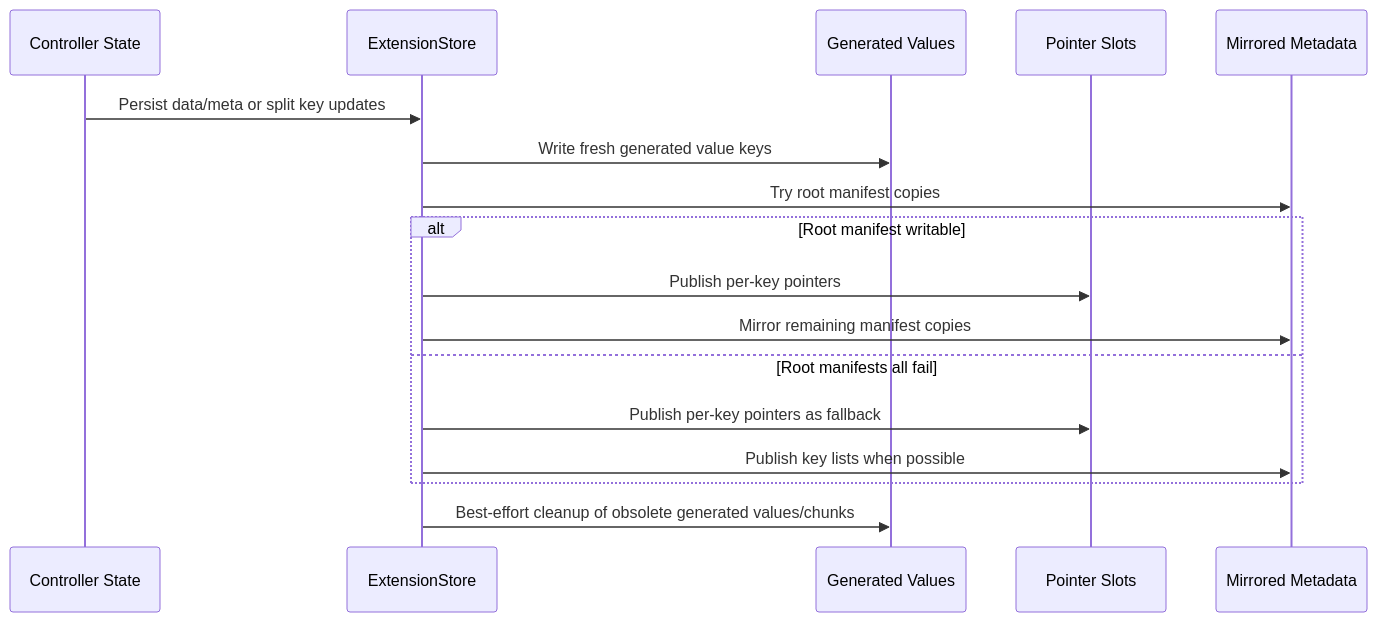
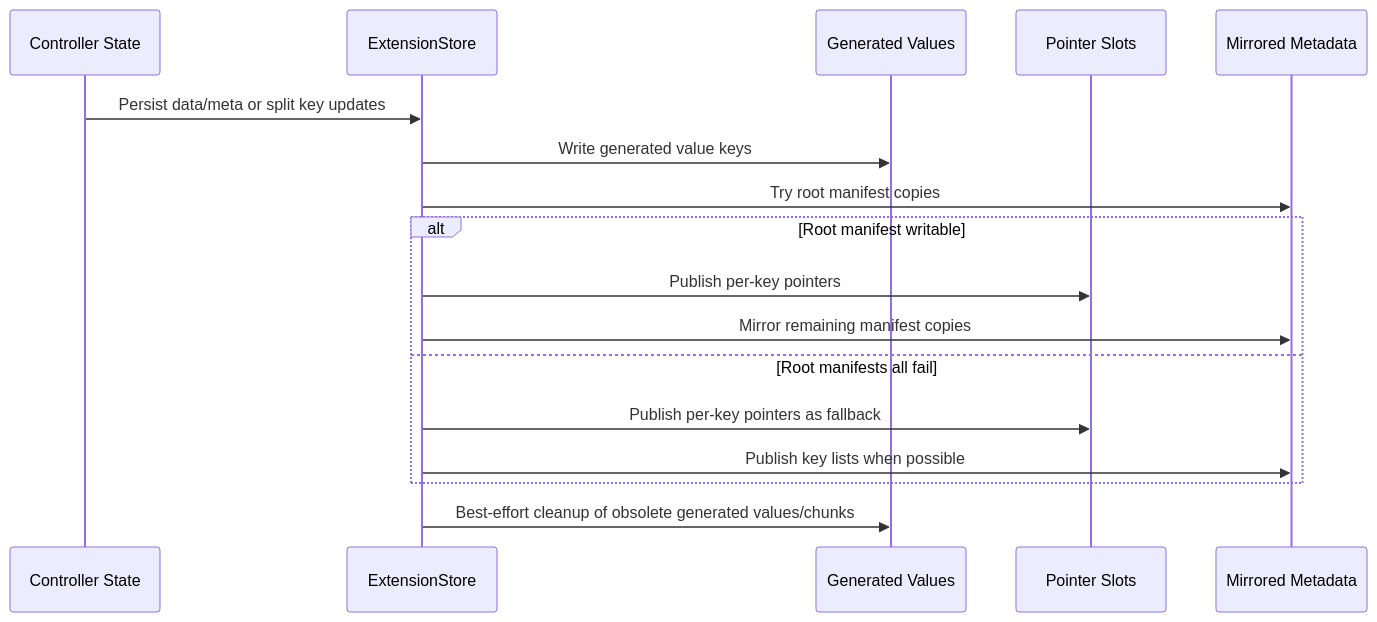
The third of 12 diagrams in extension-stability-adr-draft.md (MetaMask/metamask-extension), drawn with Mermaid before and after one commit. The commit also changed other lines of this file, not shown here.

````diff
--- a/extension-stability-adr-draft.md
+++ b/extension-stability-adr-draft.md
@@ -198,20 +216,20 @@
 ```mermaid
 sequenceDiagram
   participant Controller as Controller State
   participant Store as ExtensionStore
   participant Values as Generated Values
   participant Pointers as Pointer Slots
   participant Manifests as Mirrored Metadata
 
   Controller->>Store: Persist data/meta or split key updates
-  Store->>Values: Write fresh generated value keys
+  Store->>Values: Write generated value keys
   Store->>Manifests: Try root manifest copies
   alt Root manifest writable
     Store->>Pointers: Publish per-key pointers
     Store->>Manifests: Mirror remaining manifest copies
   else Root manifests all fail
     Store->>Pointers: Publish per-key pointers as fallback
     Store->>Manifests: Publish key lists when possible
   end
   Store->>Values: Best-effort cleanup of obsolete generated values/chunks
 ```
````
